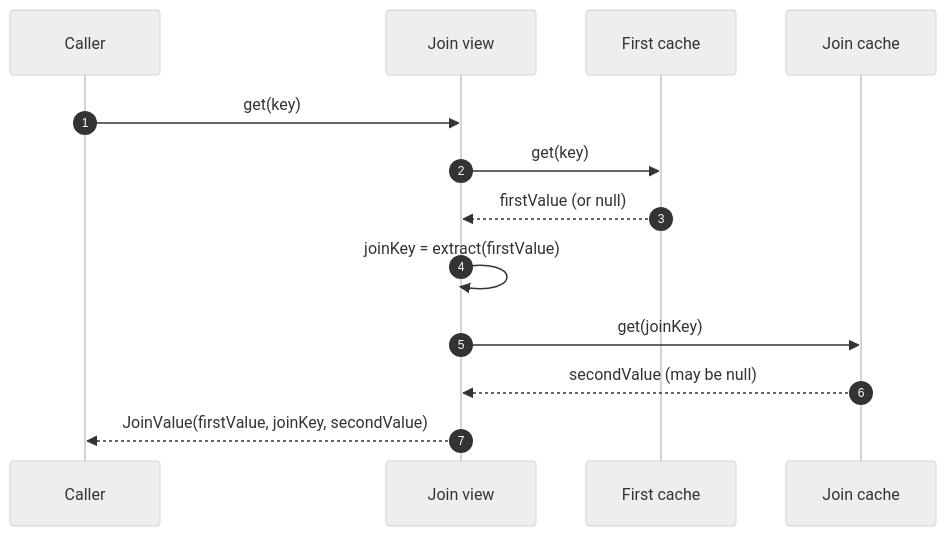
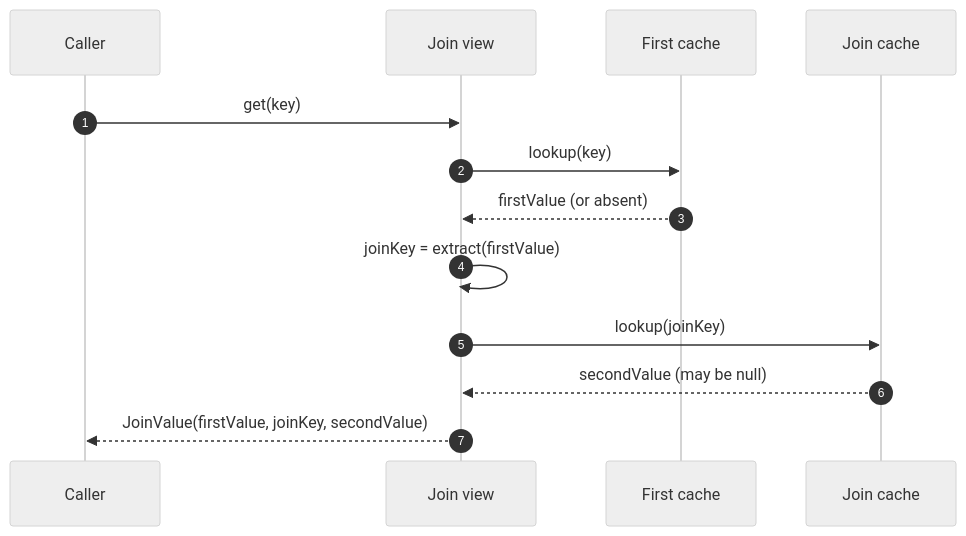
One commit to Ahoo-Wang/CoCache changed the diagram in wiki/guide/join-cache.md. Above: the diagram before and after it, drawn with Mermaid (neutral theme). The commit also changed other lines of this file and 23 other files, not shown here.

````diff
--- a/wiki/guide/join-cache.md
+++ b/wiki/guide/join-cache.md
@@ -10,15 +10,15 @@
 ```mermaid
 sequenceDiagram
     autonumber
     participant C as Caller
     participant J as Join view
     participant F as First cache
     participant S as Join cache
     C->>J: get(key)
-    J->>F: get(key)
-    F-->>J: firstValue (or null)
+    J->>F: lookup(key)
+    F-->>J: firstValue (or absent)
     J->>J: joinKey = extract(firstValue)
-    J->>S: get(joinKey)
+    J->>S: lookup(joinKey)
     S-->>J: secondValue (may be null)
     J-->>C: JoinValue(firstValue, joinKey, secondValue)
 ```
````
